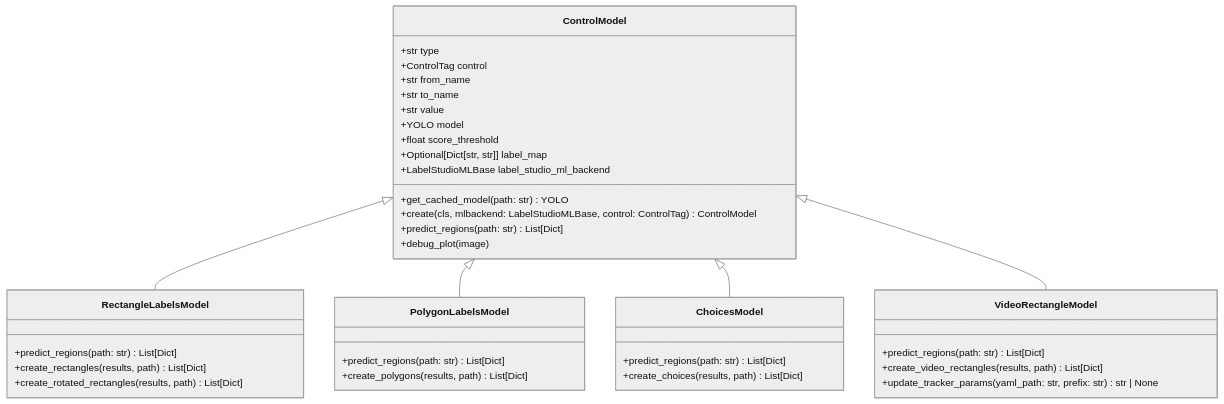
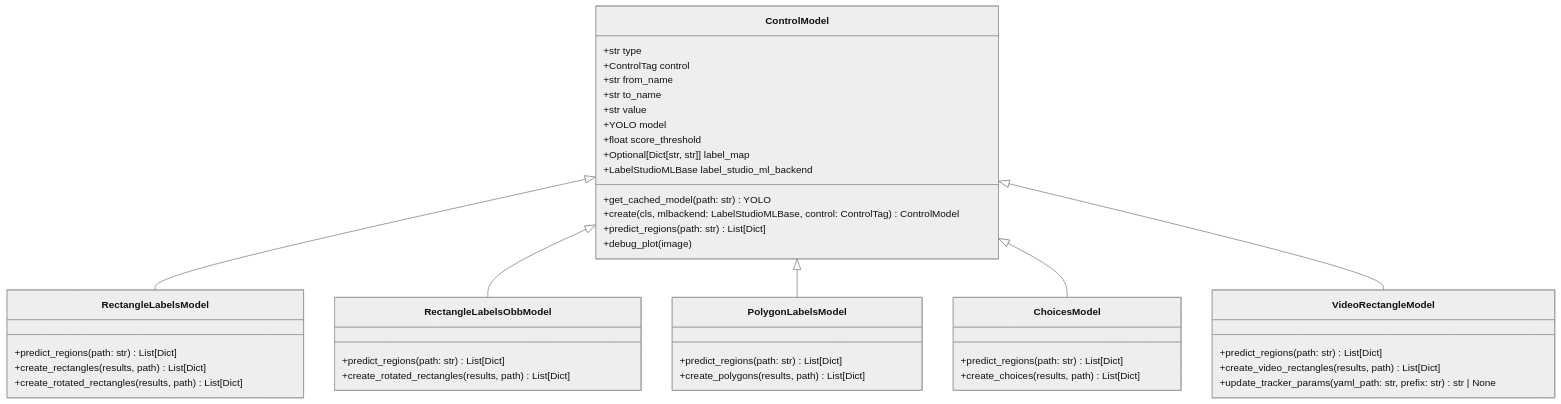
One commit to HumanSignal/label-studio-ml-backend changed the diagram in label_studio_ml/examples/yolo/README_DEVELOP.md. Above: the diagram before and after it, drawn with Mermaid (neutral theme). The commit also changed 1 other file, not shown here.

Commit message:
Fix develop md

````diff
--- a/label_studio_ml/examples/yolo/README_DEVELOP.md
+++ b/label_studio_ml/examples/yolo/README_DEVELOP.md
@@ -1,45 +1,52 @@
 ```mermaid
 classDiagram
     class ControlModel {
         +str type
         +ControlTag control
         +str from_name
         +str to_name
         +str value
         +YOLO model
         +float score_threshold
         +Optional[Dict[str, str]] label_map
         +LabelStudioMLBase label_studio_ml_backend
         +get_cached_model(path: str) YOLO
         +create(cls, mlbackend: LabelStudioMLBase, control: ControlTag) ControlModel
         +predict_regions(path: str) List[Dict]
         +debug_plot(image)
     }
 
     class RectangleLabelsModel {
         +predict_regions(path: str) List[Dict]
         +create_rectangles(results, path) List[Dict]
         +create_rotated_rectangles(results, path) List[Dict]
     }
 
+    class RectangleLabelsObbModel {
+        +predict_regions(path: str) List[Dict]
+        +create_rotated_rectangles(results, path) List[Dict]
+    }    
+    
+
     class PolygonLabelsModel {
         +predict_regions(path: str) List[Dict]
         +create_polygons(results, path) List[Dict]
     }
 
     class ChoicesModel {
         +predict_regions(path: str) List[Dict]
         +create_choices(results, path) List[Dict]
     }
 
     class VideoRectangleModel {
         +predict_regions(path: str) List[Dict]
         +create_video_rectangles(results, path) List[Dict]
         +update_tracker_params(yaml_path: str, prefix: str) str | None
     }
 
     ControlModel <|-- RectangleLabelsModel
+    ControlModel <|-- RectangleLabelsObbModel
     ControlModel <|-- PolygonLabelsModel
     ControlModel <|-- ChoicesModel
     ControlModel <|-- VideoRectangleModel
 ```
````
